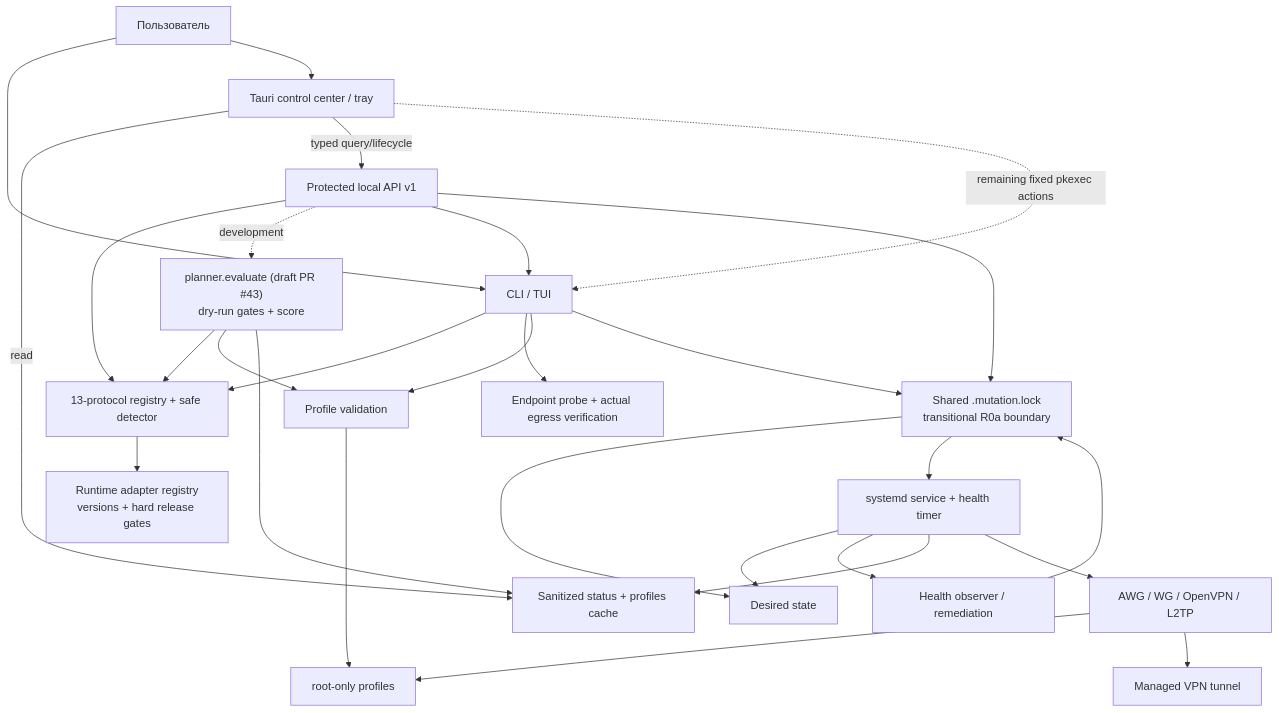
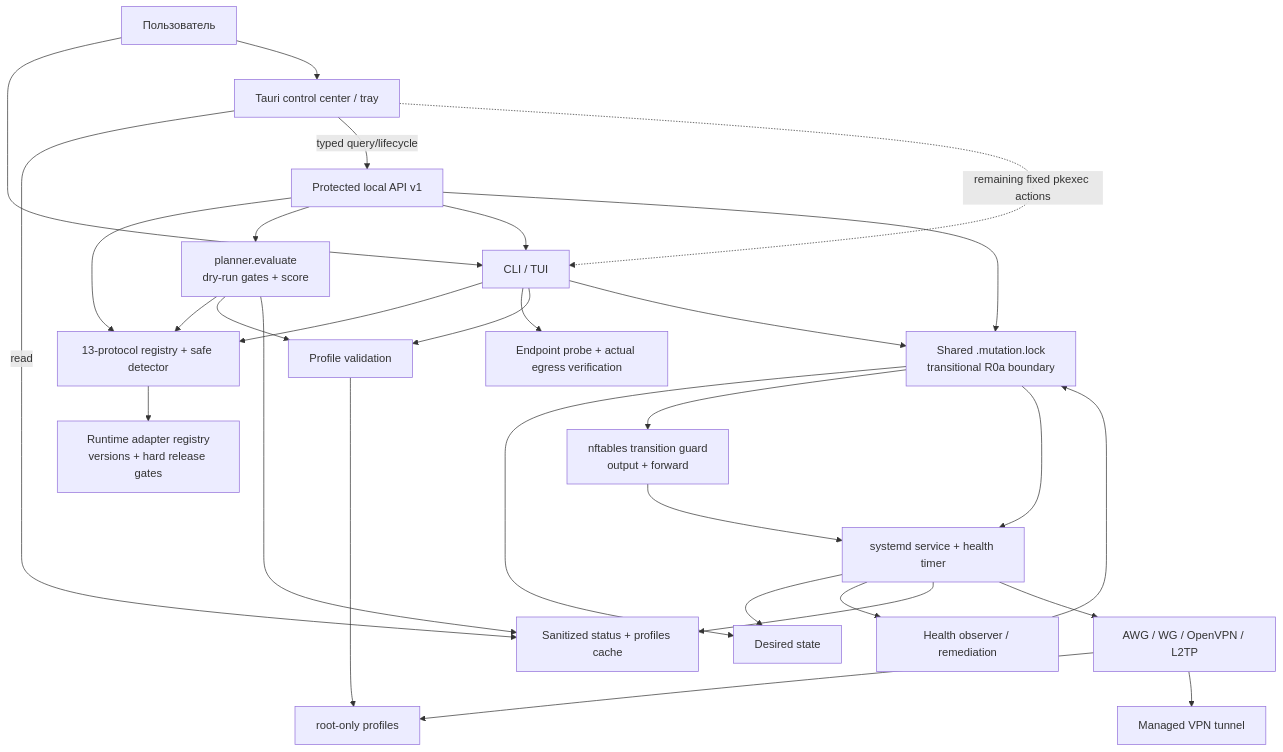
Before and after one commit to mazurovn/mazzy-vpn: the first of 3 diagrams in wiki/Architecture.md, drawn with Mermaid. The commit also changed other lines of this file and 74 other files, not shown here.

````diff
--- a/wiki/Architecture.md
+++ b/wiki/Architecture.md
@@ -10,48 +10,51 @@
 ```mermaid
 flowchart TB
     User["Пользователь"]
     TUI["CLI / TUI"]
     Desktop["Tauri control center / tray"]
     API["Protected local API v1"]
     Registry["13-protocol registry + safe detector"]
     RuntimeRegistry["Runtime adapter registry<br/>versions + hard release gates"]
-    Planner["planner.evaluate (draft PR #43)<br/>dry-run gates + score"]
+    Planner["planner.evaluate<br/>dry-run gates + score"]
+    Guard["nftables transition guard<br/>output + forward"]
     Cache["Sanitized status + profiles cache"]
     Verify["Endpoint probe + actual egress verification"]
     Validate["Profile validation"]
     MutationLock["Shared .mutation.lock<br/>transitional R0a boundary"]
     Health["Health observer / remediation"]
     State["Desired state"]
     Systemd["systemd service + health timer"]
     Engines["AWG / WG / OpenVPN / L2TP"]
     Profiles["root-only profiles"]
     Tunnel["Managed VPN tunnel"]
 
     User --> TUI
     User --> Desktop
     Desktop -->|read| Cache
     Desktop -->|typed query/lifecycle| API
     TUI --> Registry
     Registry --> RuntimeRegistry
     API --> Registry
-    API -. development .-> Planner
+    API --> Planner
     Planner --> Registry
     Planner --> Validate
     Planner --> Cache
     API --> TUI
     Desktop -. remaining fixed pkexec actions .-> TUI
     TUI --> Verify
     TUI --> Validate
     Validate --> Profiles
     TUI --> MutationLock
     API --> MutationLock
     Health --> MutationLock
     MutationLock --> State
+    MutationLock --> Guard
+    Guard --> Systemd
     MutationLock --> Systemd
     Systemd --> State
     Systemd --> Health
     Systemd --> Cache
     Systemd --> Engines
     Engines --> Profiles
     Engines --> Tunnel
 ```
````
